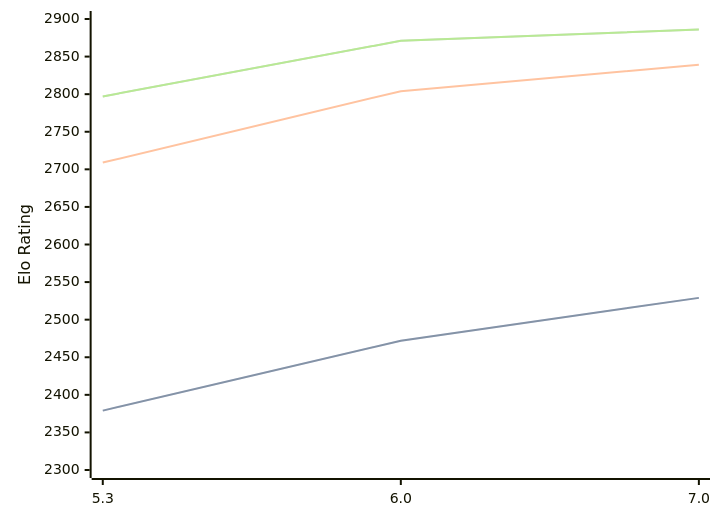
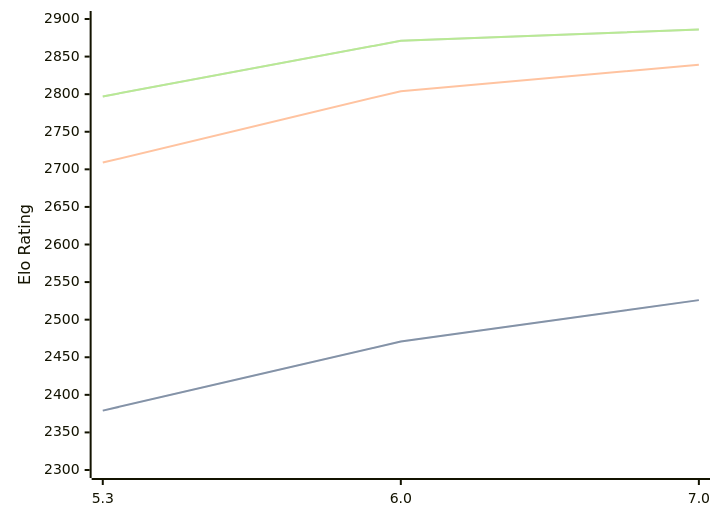
The diagram in engines/tomitankChess.md (computer-chess-index/cci), drawn with Mermaid before and after one commit. The commit also changed other lines of this file, not shown here.

````diff
--- a/engines/tomitankChess.md
+++ b/engines/tomitankChess.md
@@ -41,11 +41,11 @@
 ```mermaid
 %%{init: {"theme":"base","themeVariables":{"seriesColors:['#a3a3a3','#222221','#faa371']}}}%%
 xychart-beta
   x-axis ["5.3", "6.0", "7.0"]
   y-axis "Elo Rating" 2300 --> 2900
-  line "STC (8.0+0.08s)" [2379, 2472, 2529]
-  line "STC (8.0+0.08s)" [2379, 2472, 2529]
+  line "STC (8.0+0.08s)" [2379, 2471, 2526]
+  line "STC (8.0+0.08s)" [2379, 2471, 2526]
   line "LTC (60.0+0.60s)" [2709, 2804, 2839]
   line "VLTC (2m24s+1.12s)" [2797, 2871, 2886]
   line "VLTC (2m24s+1.12s)" [2797, 2871, 2886]
 ```
````
